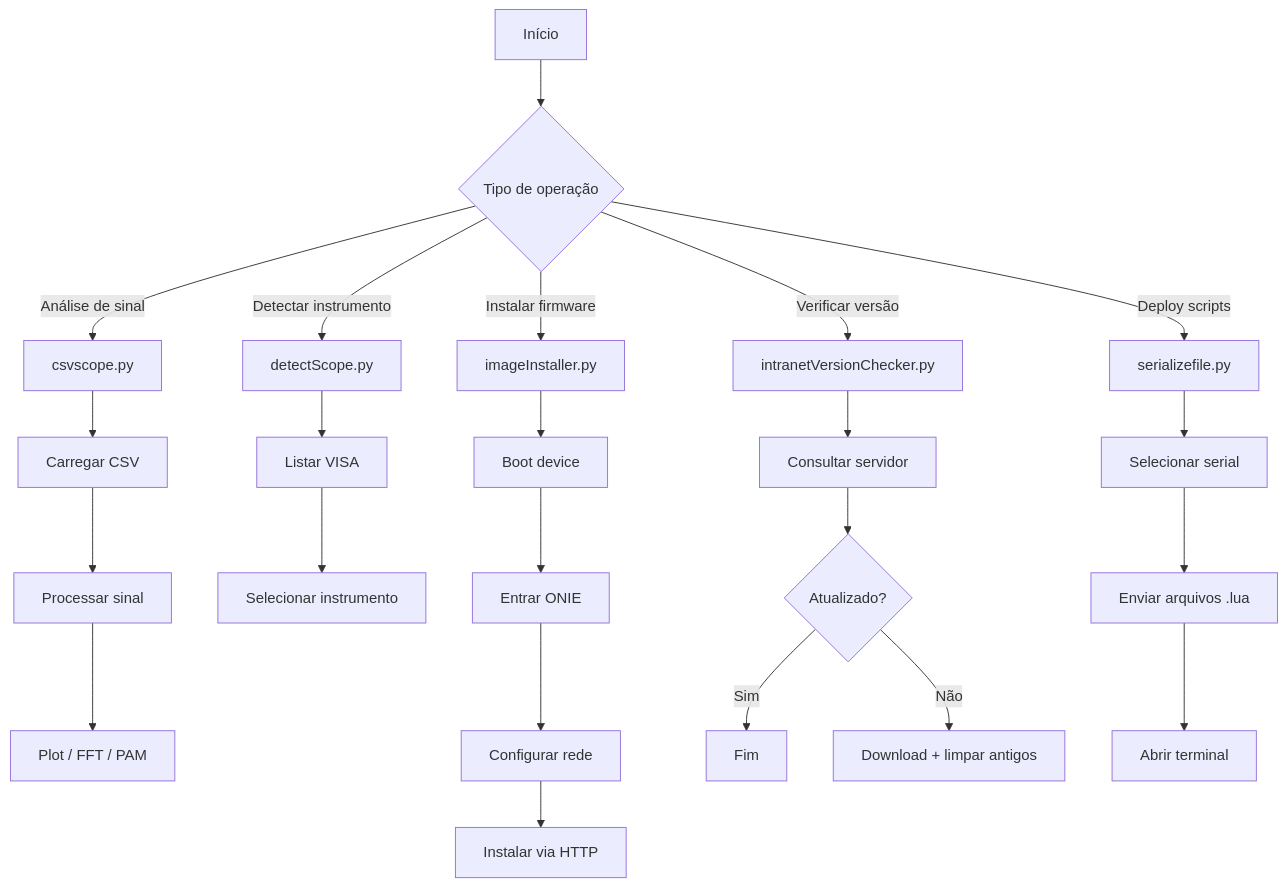
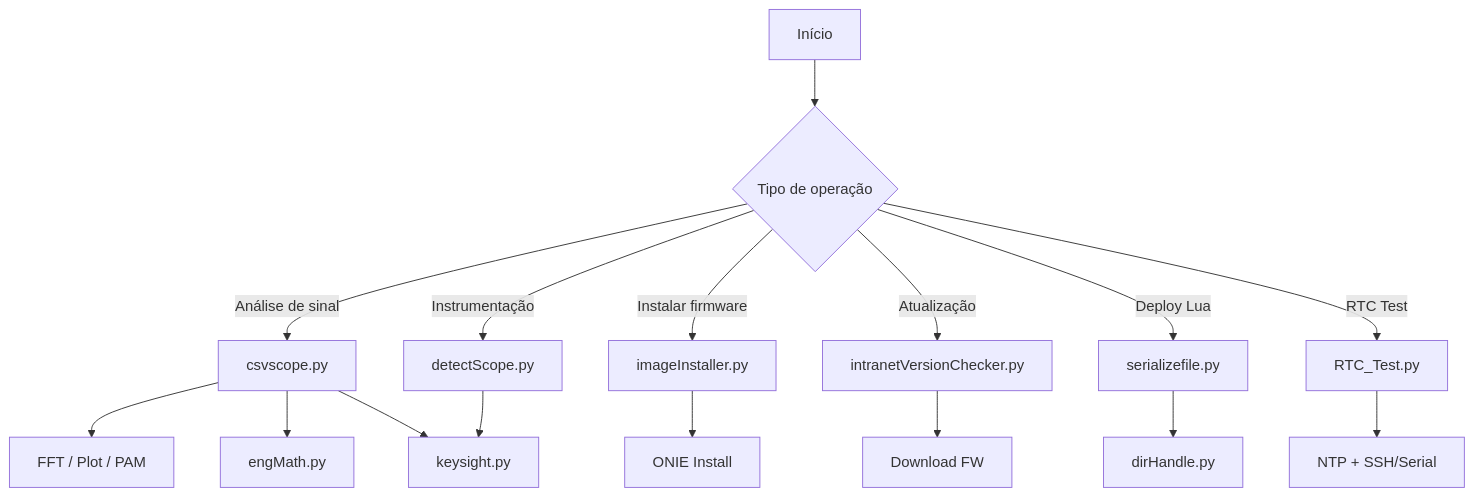
One commit to humbertokramm/MyTools changed the diagram in README.md. Above: the diagram before and after it, drawn with Mermaid. The commit also changed other lines of this file, not shown here.

````diff
--- a/README.md
+++ b/README.md
@@ -11,31 +9,32 @@
-``` mermaid
+```mermaid
 flowchart TD
 
 A[Início] --> B{Tipo de operação}
 
+%% ANALISE
 B -->|Análise de sinal| C[csvscope.py]
-C --> C1[Carregar CSV]
-C1 --> C2[Processar sinal]
-C2 --> C3[Plot / FFT / PAM]
+C --> C1[FFT / Plot / PAM]
+C --> H[engMath.py]
+C --> I[keysight.py]
 
-B -->|Detectar instrumento| D[detectScope.py]
-D --> D1[Listar VISA]
-D1 --> D2[Selecionar instrumento]
+%% INSTRUMENTO
+B -->|Instrumentação| D[detectScope.py]
+D --> I
 
+%% INSTALAÇÃO
 B -->|Instalar firmware| E[imageInstaller.py]
-E --> E1[Boot device]
-E1 --> E2[Entrar ONIE]
-E2 --> E3[Configurar rede]
-E3 --> E4[Instalar via HTTP]
+E --> E1[ONIE Install]
 
-B -->|Verificar versão| F[intranetVersionChecker.py]
-F --> F1[Consultar servidor]
-F1 --> F2{Atualizado?}
-F2 -->|Sim| F3[Fim]
-F2 -->|Não| F4[Download + limpar antigos]
+%% VERSIONAMENTO
+B -->|Atualização| F[intranetVersionChecker.py]
+F --> F1[Download FW]
 
-B -->|Deploy scripts| G[serializefile.py]
-G --> G1[Selecionar serial]
-G1 --> G2[Enviar arquivos .lua]
-G2 --> G3[Abrir terminal]
+%% DEPLOY
+B -->|Deploy Lua| G[serializefile.py]
+G --> K[dirHandle.py]
+
+%% RTC
+B -->|RTC Test| J[RTC_Test.py]
+J --> J1[NTP + SSH/Serial]
+
 ```
````
